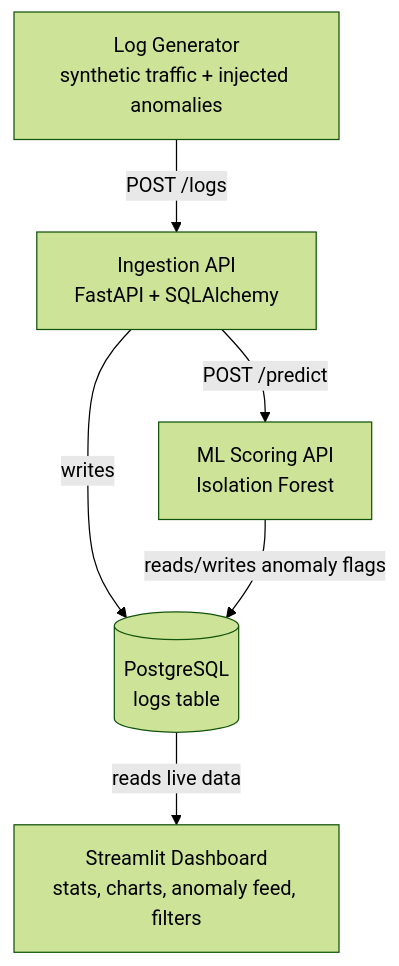
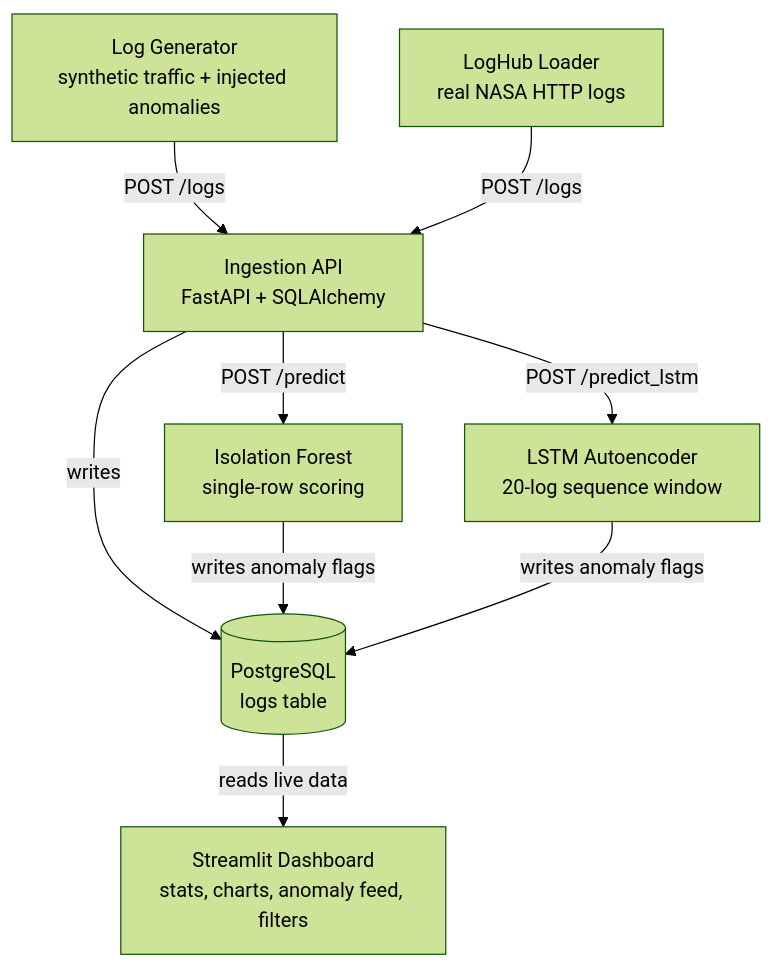
One commit to KayTheCoder-101/log-anomaly-dashboard changed the diagram in README.md. Above: the diagram before and after it, drawn with Mermaid (forest theme). The commit also changed other lines of this file and 35 other files, not shown here.

First line of the commit message:
Add real-world data support, dual anomaly detection models (Isolation Forest + LSTM), and evaluation framework

````diff
--- a/README.md
+++ b/README.md
@@ -7,8 +9,11 @@
 ```mermaid
 flowchart TD
     A[Log Generator<br/>synthetic traffic + injected anomalies] -->|POST /logs| B[Ingestion API<br/>FastAPI + SQLAlchemy]
+    A2[LogHub Loader<br/>real NASA HTTP logs] -->|POST /logs| B
     B -->|writes| C[(PostgreSQL<br/>logs table)]
-    B -->|POST /predict| D[ML Scoring API<br/>Isolation Forest]
-    D -->|reads/writes anomaly flags| C
-    C -->|reads live data| E[Streamlit Dashboard<br/>stats, charts, anomaly feed, filters]
+    B -->|POST /predict| D[Isolation Forest<br/>single-row scoring]
+    B -->|POST /predict_lstm| E[LSTM Autoencoder<br/>20-log sequence window]
+    D -->|writes anomaly flags| C
+    E -->|writes anomaly flags| C
+    C -->|reads live data| F[Streamlit Dashboard<br/>stats, charts, anomaly feed, filters]
 ```
````
